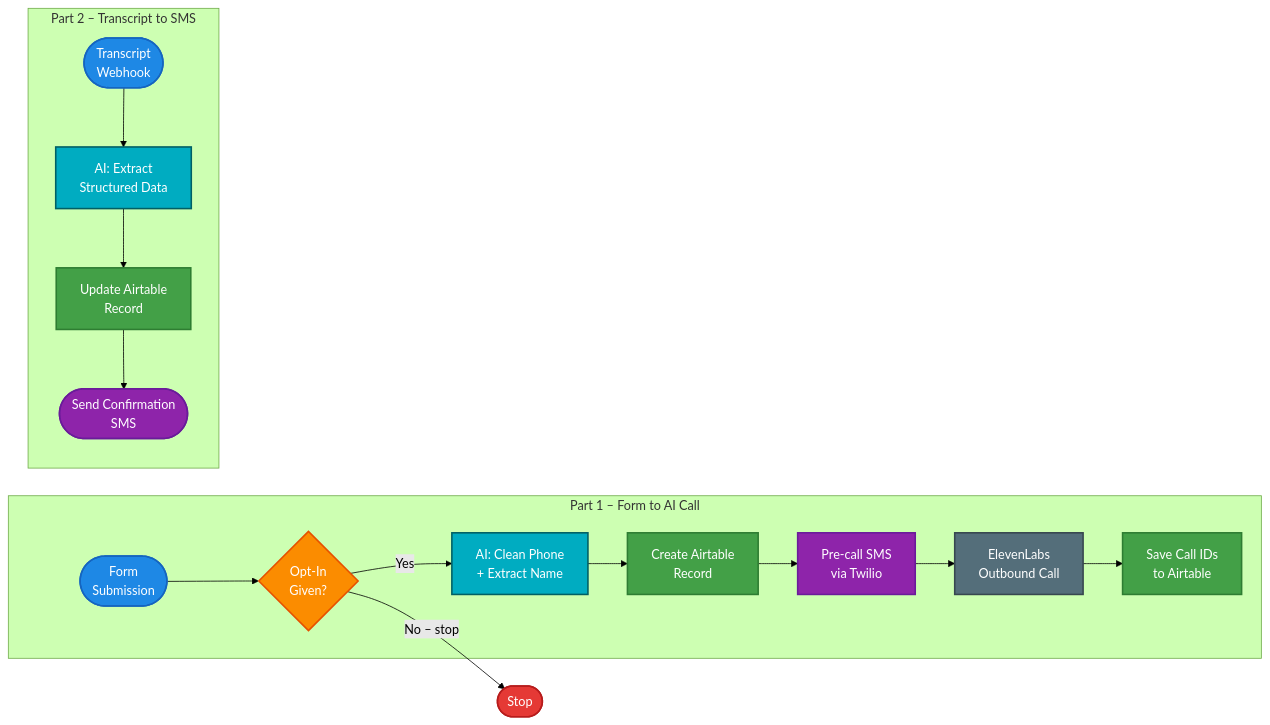
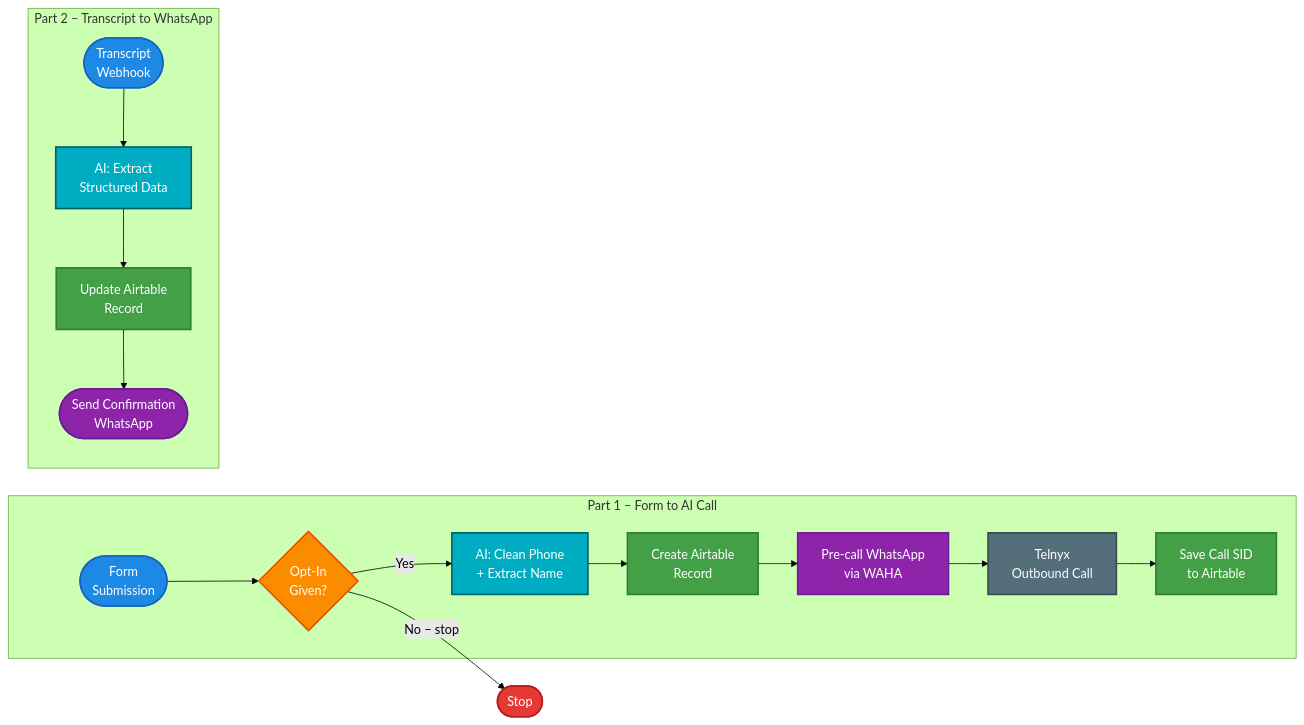
One commit to kameni-immo/kameni-n8n-automation changed the third of 3 diagrams in docs/lead-process.md. Above: the diagram before and after it, drawn with Mermaid (forest theme). The commit also changed other lines of this file and 10 other files, not shown here.

First line of the commit message:
feat(KAN-35): migrate phone channel from ElevenLabs to Telnyx AI

````diff
--- a/docs/lead-process.md
+++ b/docs/lead-process.md
@@ -302,34 +302,34 @@
 ```mermaid
 flowchart LR
     classDef trigger  fill:#1E88E5,color:#fff,stroke:#1565C0,stroke-width:2px
     classDef process  fill:#546E7A,color:#fff,stroke:#37474F,stroke-width:2px
     classDef decision fill:#FB8C00,color:#fff,stroke:#E65100,stroke-width:2px
     classDef ai       fill:#00ACC1,color:#fff,stroke:#006064,stroke-width:2px
     classDef save     fill:#43A047,color:#fff,stroke:#2E7D32,stroke-width:2px
     classDef send     fill:#8E24AA,color:#fff,stroke:#6A1B9A,stroke-width:2px
     classDef stop     fill:#E53935,color:#fff,stroke:#B71C1C,stroke-width:2px
 
     subgraph PART1 ["  Part 1 – Form to AI Call  "]
         FM(["Form<br/>Submission"]):::trigger
         OPT{"Opt-In<br/>Given?"}:::decision
         LLM["AI: Clean Phone<br/>+ Extract Name"]:::ai
         CRE["Create Airtable<br/>Record"]:::save
-        SMS["Pre-call SMS<br/>via Twilio"]:::send
-        EL["ElevenLabs<br/>Outbound Call"]:::process
-        UPD["Save Call IDs<br/>to Airtable"]:::save
+        SMS["Pre-call WhatsApp<br/>via WAHA"]:::send
+        EL["Telnyx<br/>Outbound Call"]:::process
+        UPD["Save Call SID<br/>to Airtable"]:::save
     end
 
-    subgraph PART2 ["  Part 2 – Transcript to SMS  "]
+    subgraph PART2 ["  Part 2 – Transcript to WhatsApp  "]
         WH2(["Transcript<br/>Webhook"]):::trigger
         FR["AI: Extract<br/>Structured Data"]:::ai
         UPD1["Update Airtable<br/>Record"]:::save
-        SMS1(["Send Confirmation<br/>SMS"]):::send
+        SMS1(["Send Confirmation<br/>WhatsApp"]):::send
     end
 
     STOP(["Stop"]):::stop
 
     FM --> OPT
     OPT -->|"No – stop"| STOP
     OPT -->|"Yes"| LLM --> CRE --> SMS --> EL --> UPD
     WH2 --> FR --> UPD1 --> SMS1
 ```
````
